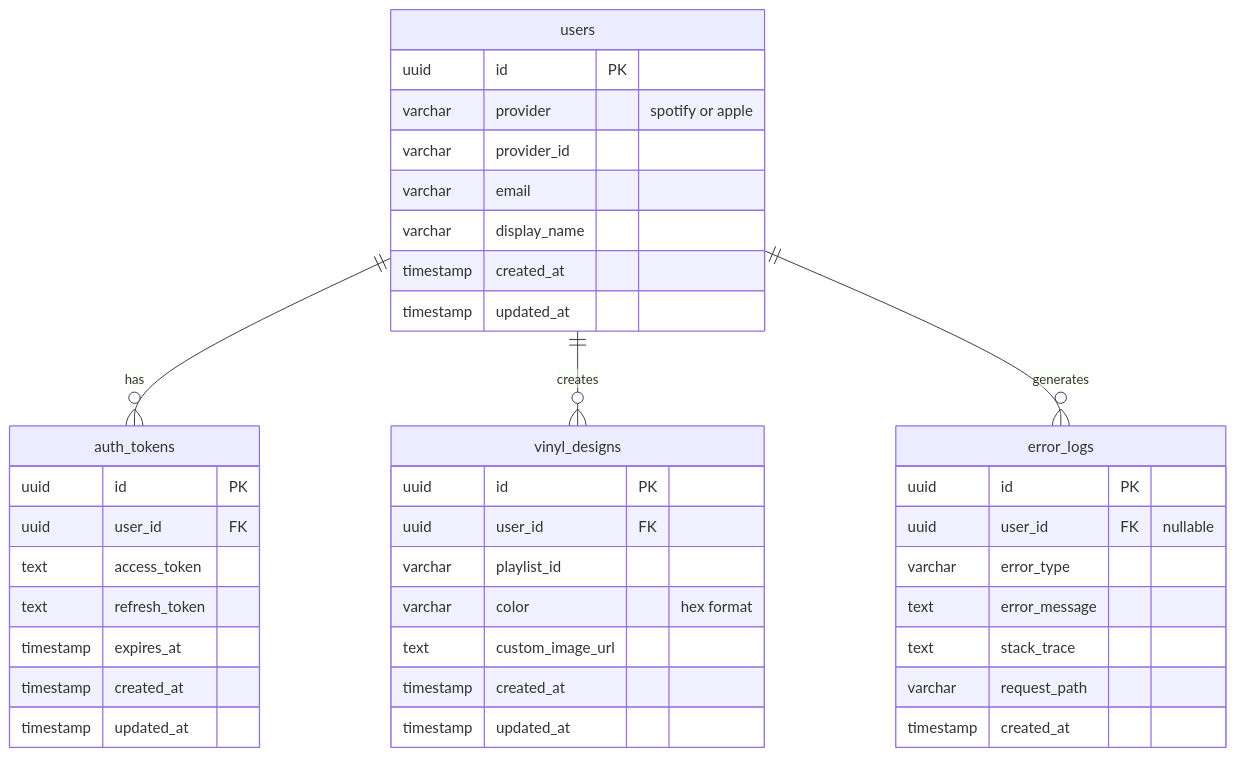
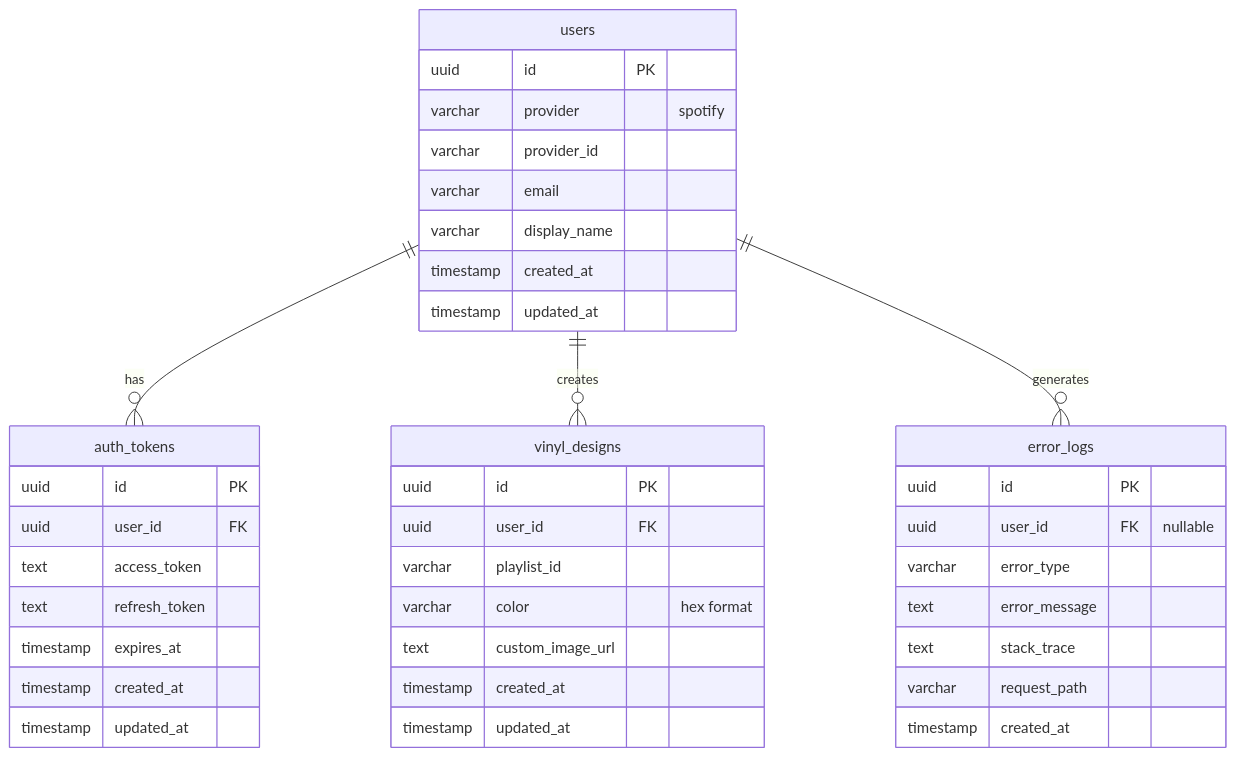
The diagram in backend/migrations/SCHEMA_DIAGRAM.md (oselumeseagbonrofo/groove), drawn with Mermaid before and after one commit. The commit also changed other lines of this file and 32 other files, not shown here.

````diff
--- a/backend/migrations/SCHEMA_DIAGRAM.md
+++ b/backend/migrations/SCHEMA_DIAGRAM.md
@@ -5,46 +5,46 @@
 ```mermaid
 erDiagram
     users ||--o{ auth_tokens : "has"
     users ||--o{ vinyl_designs : "creates"
     users ||--o{ error_logs : "generates"
     
     users {
         uuid id PK
-        varchar provider "spotify or apple"
+        varchar provider "spotify"
         varchar provider_id
         varchar email
         varchar display_name
         timestamp created_at
         timestamp updated_at
     }
     
     auth_tokens {
         uuid id PK
         uuid user_id FK
         text access_token
         text refresh_token
         timestamp expires_at
         timestamp created_at
         timestamp updated_at
     }
     
     vinyl_designs {
         uuid id PK
         uuid user_id FK
         varchar playlist_id
         varchar color "hex format"
         text custom_image_url
         timestamp created_at
         timestamp updated_at
     }
     
     error_logs {
         uuid id PK
         uuid user_id FK "nullable"
         varchar error_type
         text error_message
         text stack_trace
         varchar request_path
         timestamp created_at
     }
 ```
````
